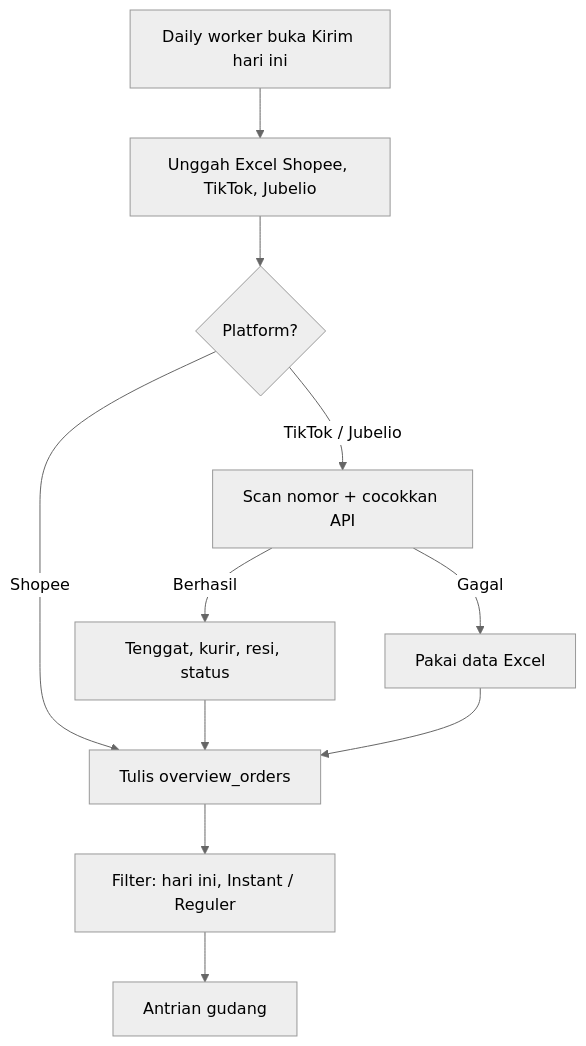
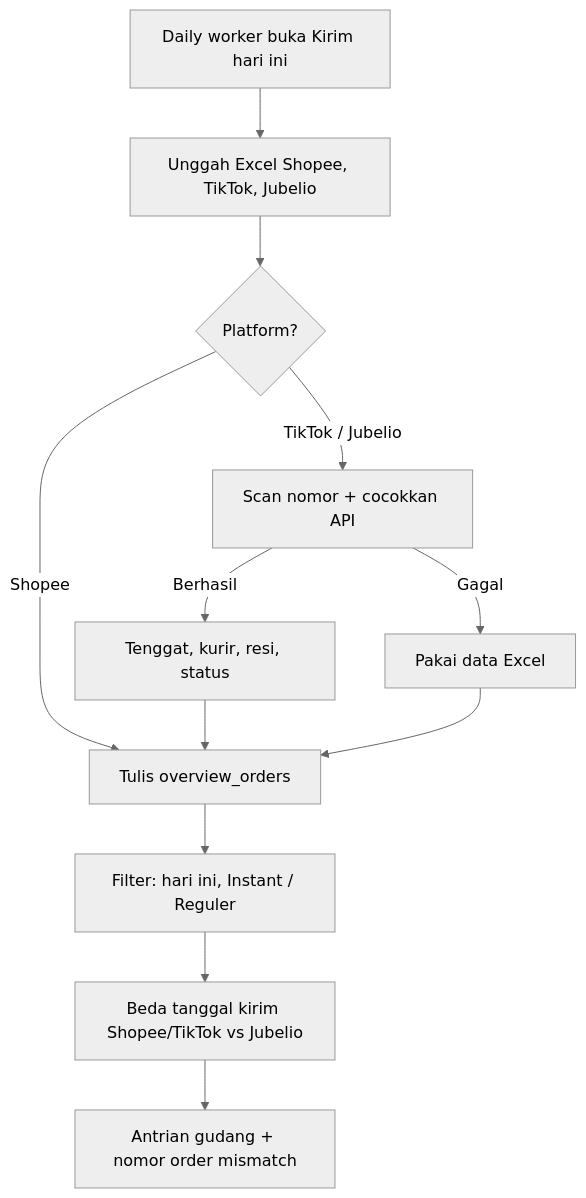
Before and after one commit to itaeris/fulfillment-order: the third of 3 diagrams in README.md, drawn with Mermaid (neutral theme). The commit also changed other lines of this file and 9 other files, not shown here.

````diff
--- a/README.md
+++ b/README.md
@@ -78,13 +78,14 @@
 ```mermaid
 flowchart TD
   Start[Daily worker buka Kirim hari ini] --> Upload[Unggah Excel Shopee, TikTok, Jubelio]
   Upload --> Shopee{Platform?}
   Shopee -->|Shopee| Simpan[Tulis overview_orders]
   Shopee -->|TikTok / Jubelio| API[Scan nomor + cocokkan API]
   API -->|Berhasil| Overlay[Tenggat, kurir, resi, status]
   API -->|Gagal| Excel[Pakai data Excel]
   Overlay --> Simpan
   Excel --> Simpan
   Simpan --> Filter[Filter: hari ini, Instant / Reguler]
-  Filter --> Antrian[Antrian gudang]
+  Filter --> Mismatch[Beda tanggal kirim Shopee/TikTok vs Jubelio]
+  Mismatch --> Antrian[Antrian gudang + nomor order mismatch]
 ```
````
